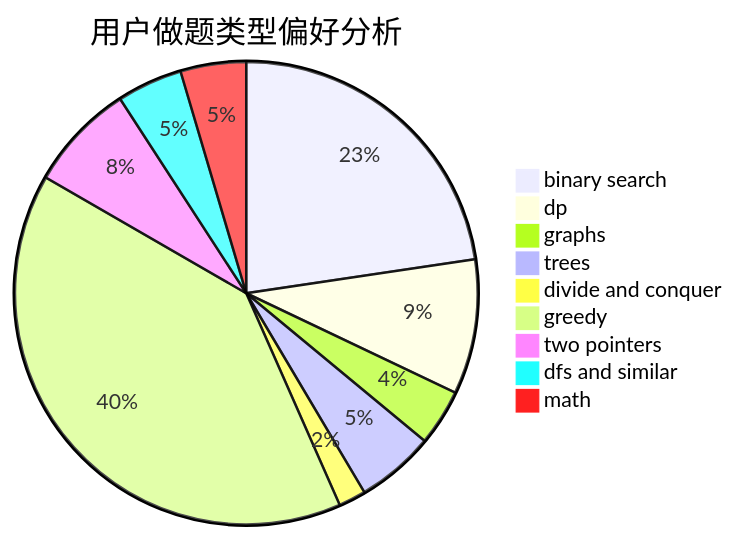
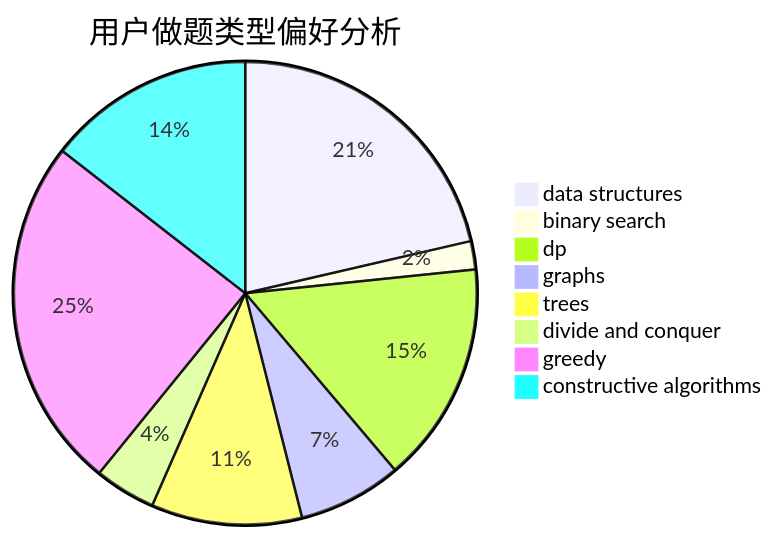
One commit to sherpahu/cfrs.github.io changed the second of 3 diagrams in docs/user/u2482.md. Above: the diagram before and after it, drawn with Mermaid. The commit also changed other lines of this file and 2775 other files, not shown here.

````diff
--- a/docs/user/u2482.md
+++ b/docs/user/u2482.md
@@ -23,12 +23,11 @@
 ```mermaid
 pie title 用户做题类型偏好分析
-    "binary search" :  178
-    "dp" :  74
-    "graphs" :  31
-    "trees" :  43
-    "divide and conquer" :  15
-    "greedy" :  314
-    "two pointers" :  59
-    "dfs and similar" :  36
-    "math" :  36
+    "data structures" :  65
+    "binary search" :  6
+    "dp" :  47
+    "graphs" :  22
+    "trees" :  32
+    "divide and conquer" :  13
+    "greedy" :  75
+    "constructive algorithms" :  44
 ```
````
